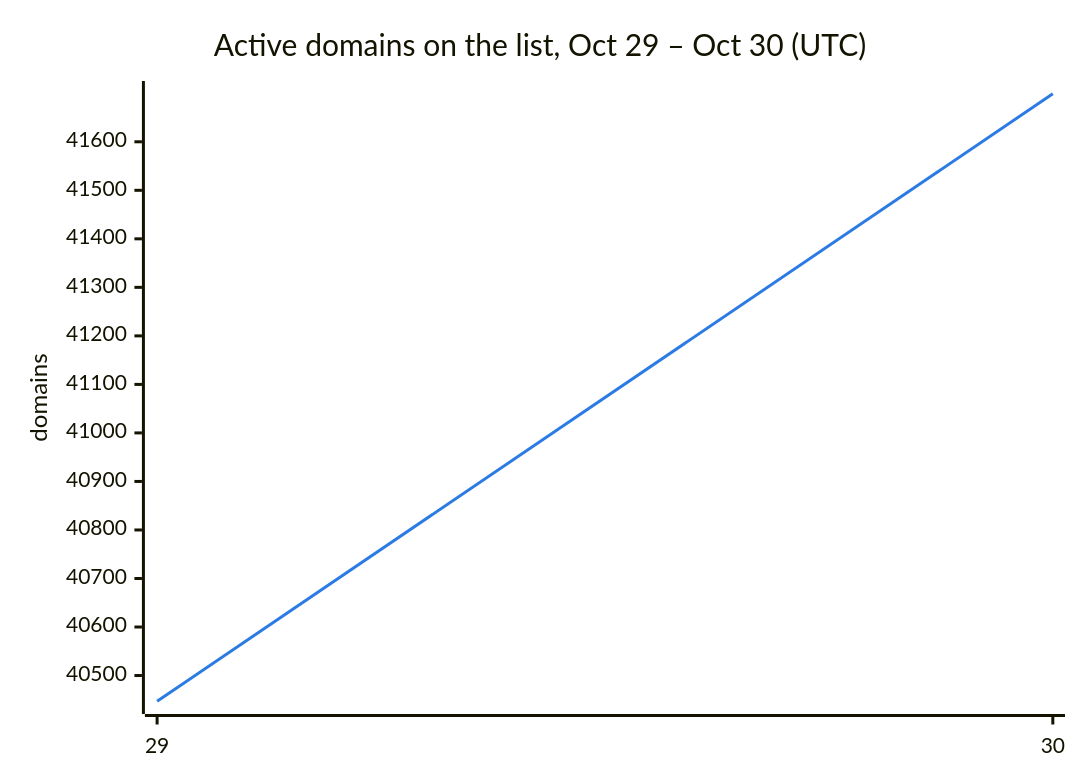
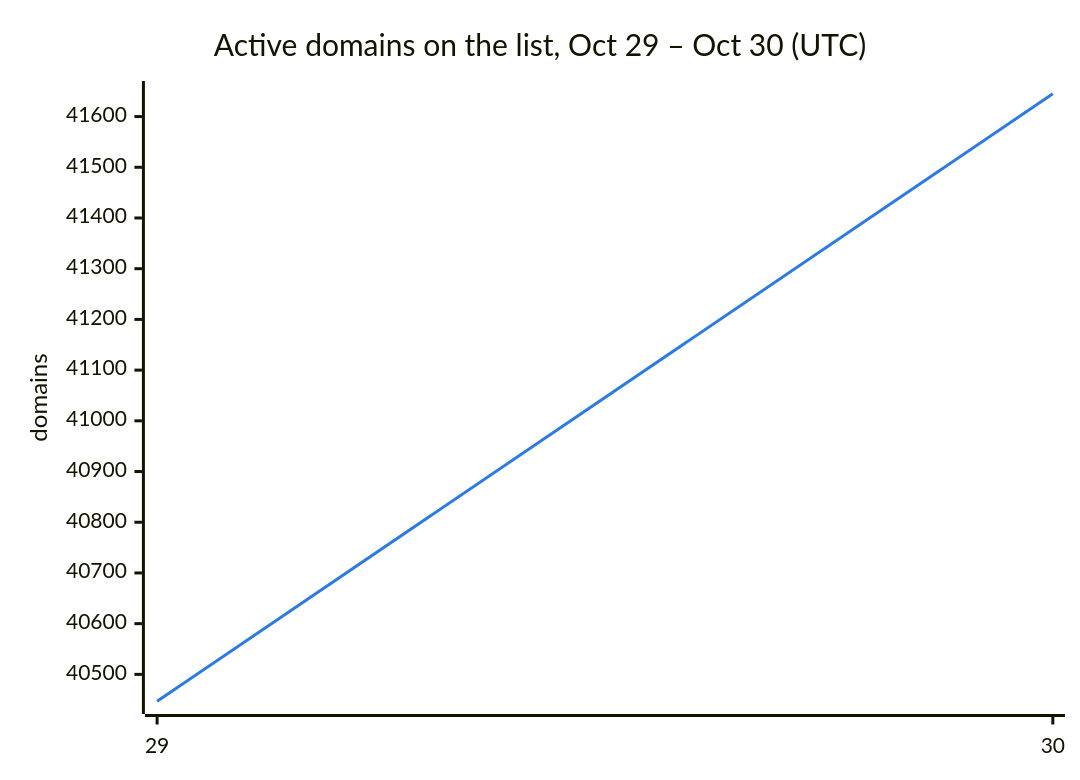
The second of 3 diagrams in README.md (DNSBunker/CTI), drawn with Mermaid before and after one commit. The commit also changed other lines of this file and 3 other files, not shown here.

````diff
--- a/README.md
+++ b/README.md
@@ -38,8 +38,8 @@
 ```mermaid
 %%{init: {"themeVariables": {"xyChart": {"plotColorPalette": "#2c7be5"}}}}%%
 xychart-beta
     title "Active domains on the list, Oct 29 – Oct 30 (UTC)"
     x-axis ["29", "30"]
     y-axis "domains"
-    line [40447, 41699]
+    line [40447, 41645]
 ```
````
